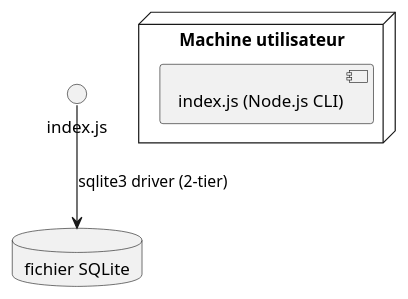
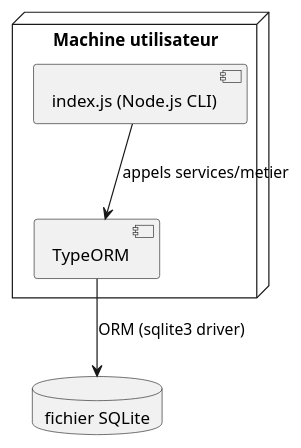
The diagram in docs/physical/local-architecture.puml (RaphaelMailhiot/LOG430-labo), drawn with PlantUML before and after one commit. The commit also changed 9 other files, not shown here.

Commit message:
Update UML doc

```diff
--- a/docs/physical/local-architecture.puml
+++ b/docs/physical/local-architecture.puml
@@ -1,9 +1,13 @@
 @startuml
+
 node "Machine utilisateur" {
   component "index.js (Node.js CLI)"
+  component "TypeORM"
 }
 
 database "fichier SQLite"
 
-"index.js" --> "fichier SQLite" : sqlite3 driver (2-tier)
+"index.js (Node.js CLI)" --> "TypeORM" : appels services/metier
+"TypeORM" --> "fichier SQLite" : ORM (sqlite3 driver)
+
 @enduml
```
